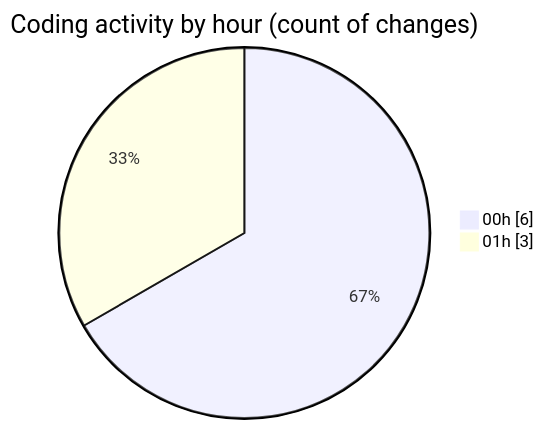
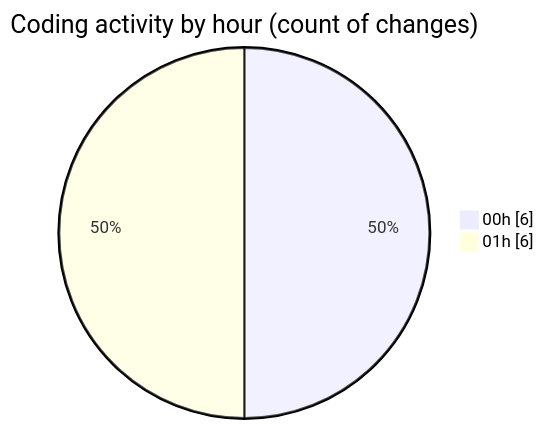
One commit to julien-gomy/code-tracking changed the second of 2 diagrams in 2025-11-08/eventscop-frontend-guide__workspace_/README.md. Above: the diagram before and after it, drawn with Mermaid. The commit also changed other lines of this file and 1 other file, not shown here.

````diff
--- a/2025-11-08/eventscop-frontend-guide__workspace_/README.md
+++ b/2025-11-08/eventscop-frontend-guide__workspace_/README.md
@@ -32,6 +33,6 @@
 ```mermaid
 pie showData
 title Coding activity by hour (count of changes)
 "00h" : 6
-"01h" : 3
+"01h" : 6
 ```
````
